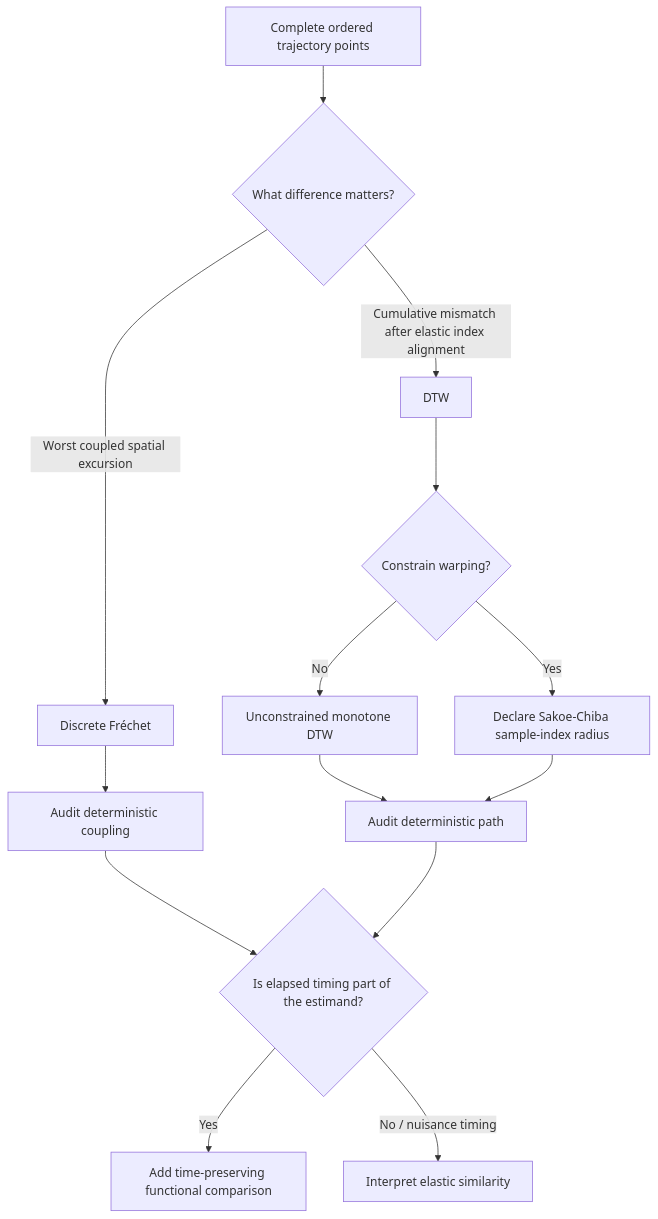
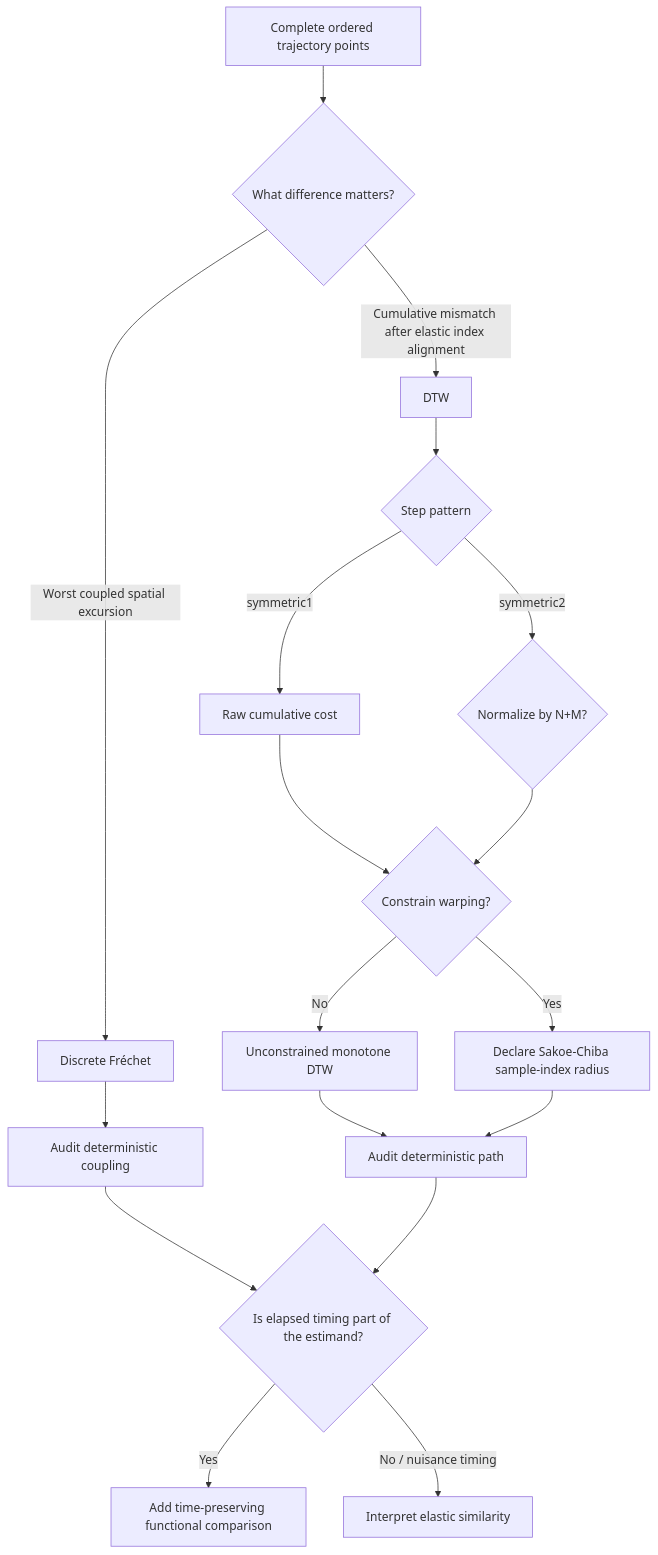
The second of 6 diagrams in docs/methods/workflow-atlas.md (stefanosbalaskas/eyetrajectoriespy), drawn with Mermaid before and after one commit. The commit also changed other lines of this file and 37 other files, not shown here.

First line of the commit message:
Harden DTW step-pattern and normalization contracts (#41)

````diff
--- a/docs/methods/workflow-atlas.md
+++ b/docs/methods/workflow-atlas.md
@@ -31,16 +31,20 @@
 ```mermaid
 flowchart TD
     A[Complete ordered trajectory points] --> B{What difference matters?}
     B -->|Worst coupled spatial excursion| C[Discrete Fréchet]
     B -->|Cumulative mismatch after elastic index alignment| D[DTW]
-    D --> E{Constrain warping?}
-    E -->|No| F[Unconstrained monotone DTW]
-    E -->|Yes| G[Declare Sakoe-Chiba sample-index radius]
-    C --> H[Audit deterministic coupling]
-    F --> I[Audit deterministic path]
-    G --> I
-    H --> J{Is elapsed timing part of the estimand?}
-    I --> J
-    J -->|Yes| K[Add time-preserving functional comparison]
-    J -->|No / nuisance timing| L[Interpret elastic similarity]
+    D --> E{Step pattern}
+    E -->|symmetric1| F[Raw cumulative cost]
+    E -->|symmetric2| G{Normalize by N+M?}
+    F --> H{Constrain warping?}
+    G --> H
+    H -->|No| I[Unconstrained monotone DTW]
+    H -->|Yes| J[Declare Sakoe-Chiba sample-index radius]
+    C --> K[Audit deterministic coupling]
+    I --> L[Audit deterministic path]
+    J --> L
+    K --> M{Is elapsed timing part of the estimand?}
+    L --> M
+    M -->|Yes| N[Add time-preserving functional comparison]
+    M -->|No / nuisance timing| O[Interpret elastic similarity]
 ```
````
